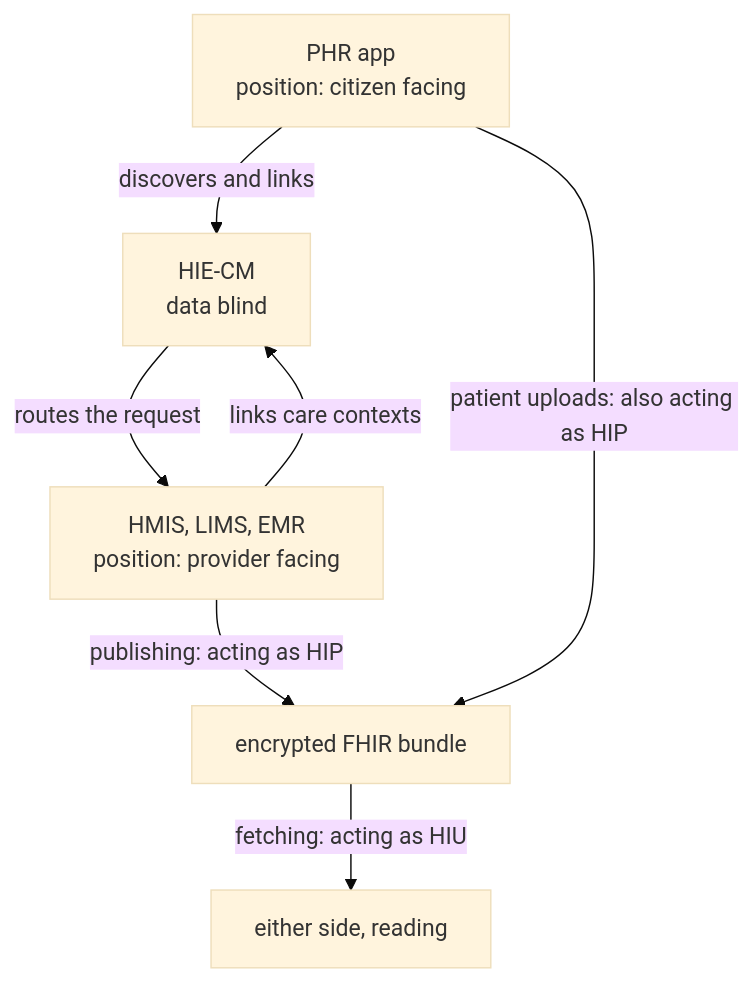
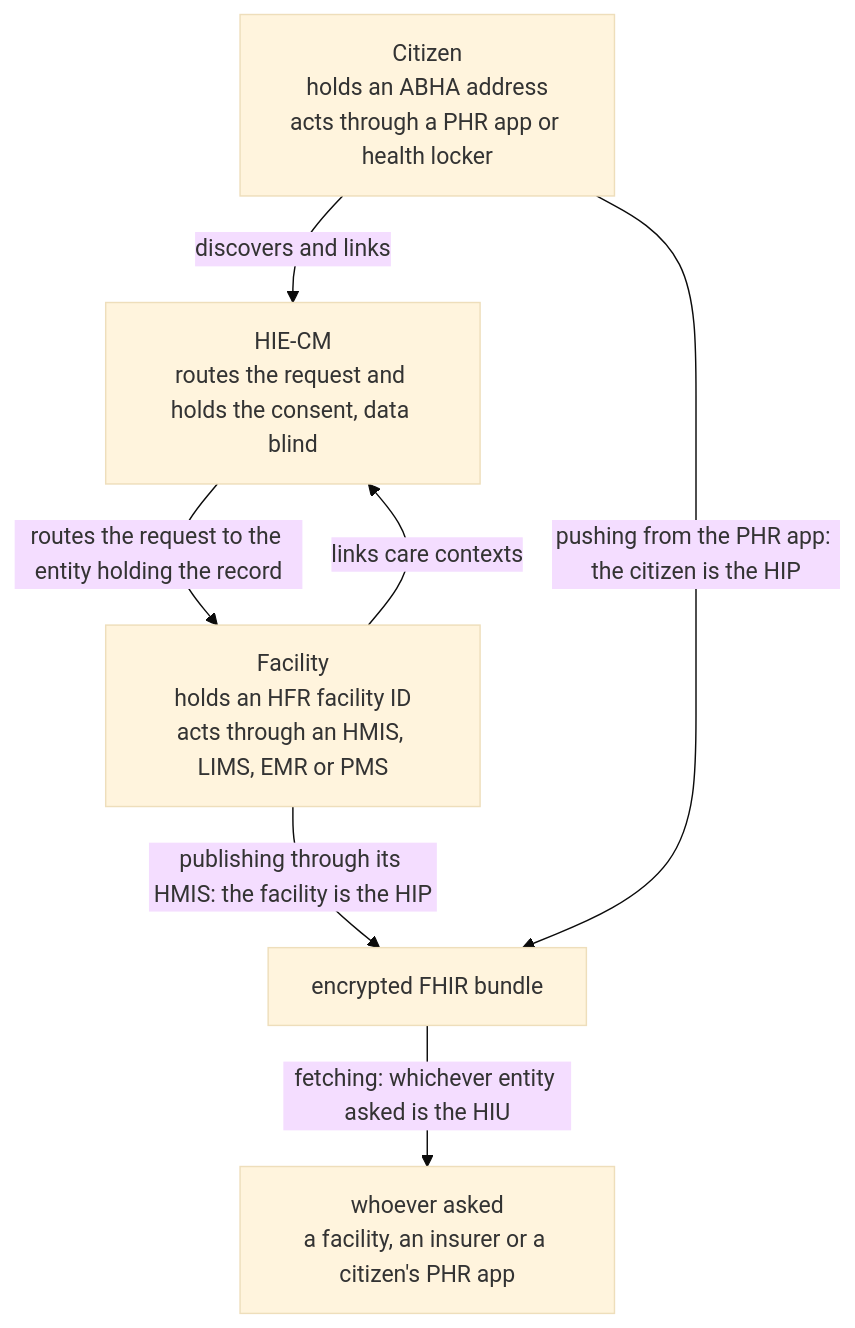
Before and after one commit to nha-in/docs: the diagram in catalogue/hiecm/concepts/roles.md, drawn with Mermaid (base theme). The commit also changed other lines of this file and 56 other files, not shown here.

````diff
--- a/catalogue/hiecm/concepts/roles.md
+++ b/catalogue/hiecm/concepts/roles.md
@@ -74,9 +89,15 @@
 ```mermaid
 graph TD
-  PHR["PHR app<br/>position: citizen facing"] -->|discovers and links| CM["HIE-CM<br/>data blind"]
-  IMS["HMIS, LIMS, EMR<br/>position: provider facing"] -->|links care contexts| CM
-  CM -->|routes the request| IMS
-  IMS -->|publishing: acting as HIP| DATA["encrypted FHIR bundle"]
-  PHR -->|patient uploads: also acting as HIP| DATA
-  DATA -->|fetching: acting as HIU| ANY["either side, reading"]
+  CITIZEN["Citizen<br/>holds an ABHA address<br/>acts through a PHR app or health locker"]
+  FACILITY["Facility<br/>holds an HFR facility ID<br/>acts through an HMIS, LIMS, EMR or PMS"]
+  CM["HIE-CM<br/>routes the request and holds the consent, data blind"]
+  BUNDLE["encrypted FHIR bundle"]
+  READER["whoever asked<br/>a facility, an insurer or a citizen's PHR app"]
+
+  CITIZEN -->|discovers and links| CM
+  FACILITY -->|links care contexts| CM
+  CM -->|routes the request to the entity holding the record| FACILITY
+  FACILITY -->|"publishing through its HMIS: the facility is the HIP"| BUNDLE
+  CITIZEN -->|"pushing from the PHR app: the citizen is the HIP"| BUNDLE
+  BUNDLE -->|"fetching: whichever entity asked is the HIU"| READER
 ```
````
